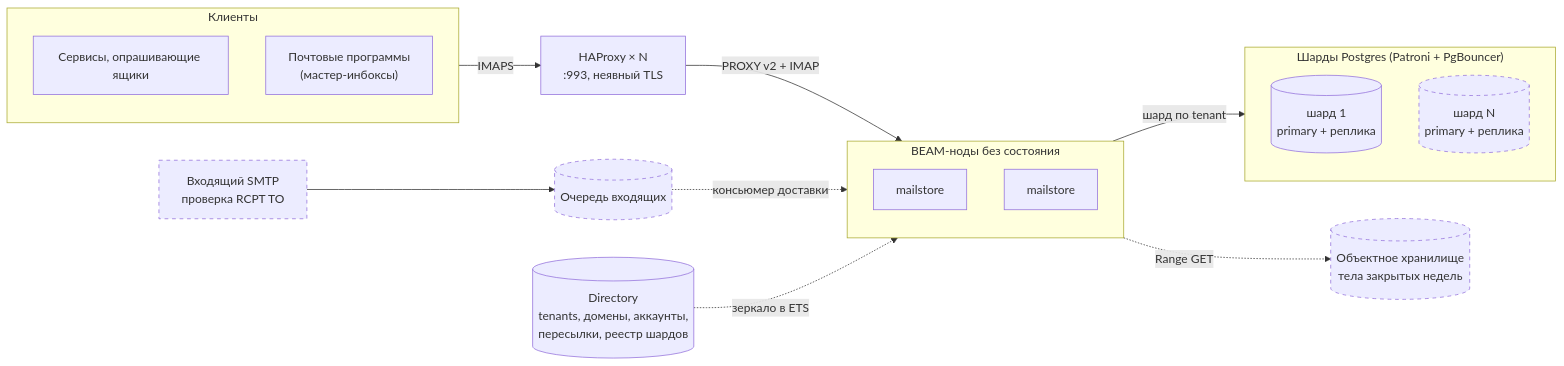
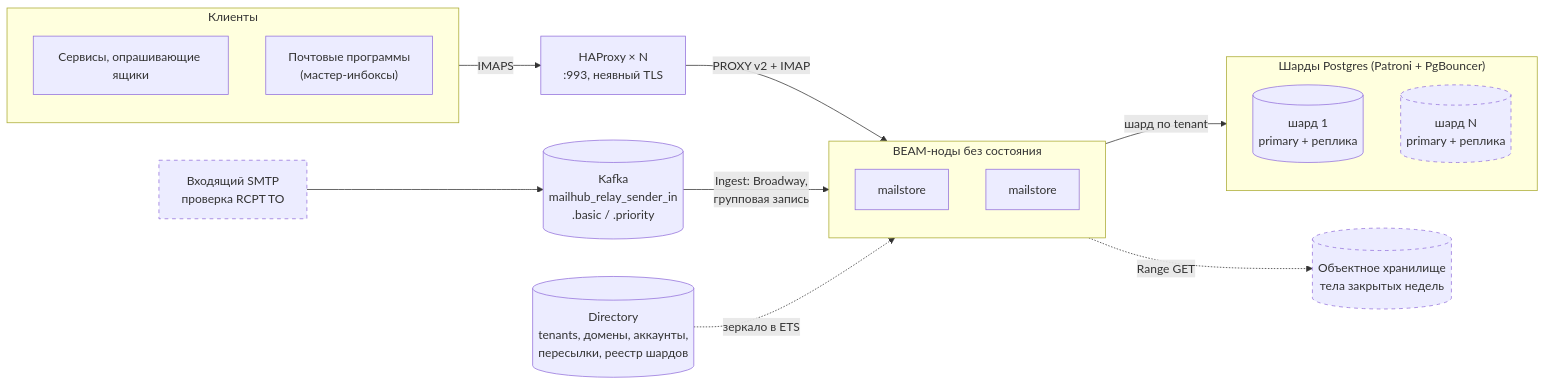
Before and after one commit to ichi404gh/mailstore: the first of 7 diagrams in docs/architecture.md, drawn with Mermaid. The commit also changed other lines of this file and 30 other files, not shown here.

First line of the commit message:
Ingest from Kafka with idempotent group commit

````diff
--- a/docs/architecture.md
+++ b/docs/architecture.md
@@ -17,36 +17,36 @@
 ```mermaid
 flowchart LR
   subgraph clients["Клиенты"]
     poll["Сервисы, опрашивающие ящики"]
     mua["Почтовые программы<br/>(мастер-инбоксы)"]
   end
 
   smtp["Входящий SMTP<br/>проверка RCPT TO"]:::planned
-  queue[("Очередь входящих")]:::planned
+  queue[("Kafka<br/>mailhub_relay_sender_in<br/>.basic / .priority")]
 
   hap["HAProxy × N<br/>:993, неявный TLS"]
 
   subgraph compute["BEAM-ноды без состояния"]
     n1["mailstore"]
     n2["mailstore"]
   end
 
   dir[("Directory<br/>tenants, домены, аккаунты,<br/>пересылки, реестр шардов")]
 
   subgraph storage["Шарды Postgres (Patroni + PgBouncer)"]
     s1[("шард 1<br/>primary + реплика")]
     s2[("шард N<br/>primary + реплика")]:::planned
   end
 
   obj[("Объектное хранилище<br/>тела закрытых недель")]:::planned
 
   clients -->|IMAPS| hap
   hap -->|"PROXY v2 + IMAP"| compute
   smtp --> queue
-  queue -.->|"консьюмер доставки"| compute
+  queue -->|"Ingest: Broadway,<br/>групповая запись"| compute
   dir -.->|"зеркало в ETS"| compute
   compute -->|"шард по tenant"| storage
   compute -.->|"Range GET"| obj
 
   classDef planned stroke-dasharray: 5 5
 ```
````
